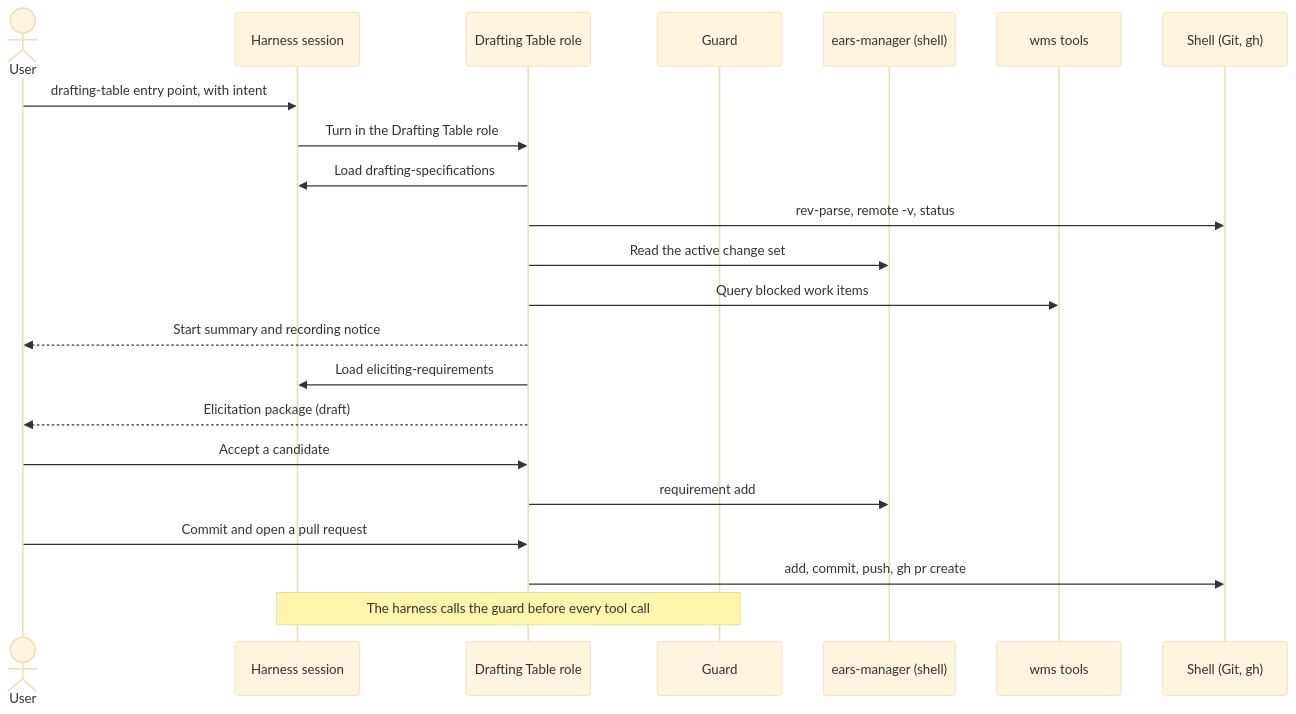
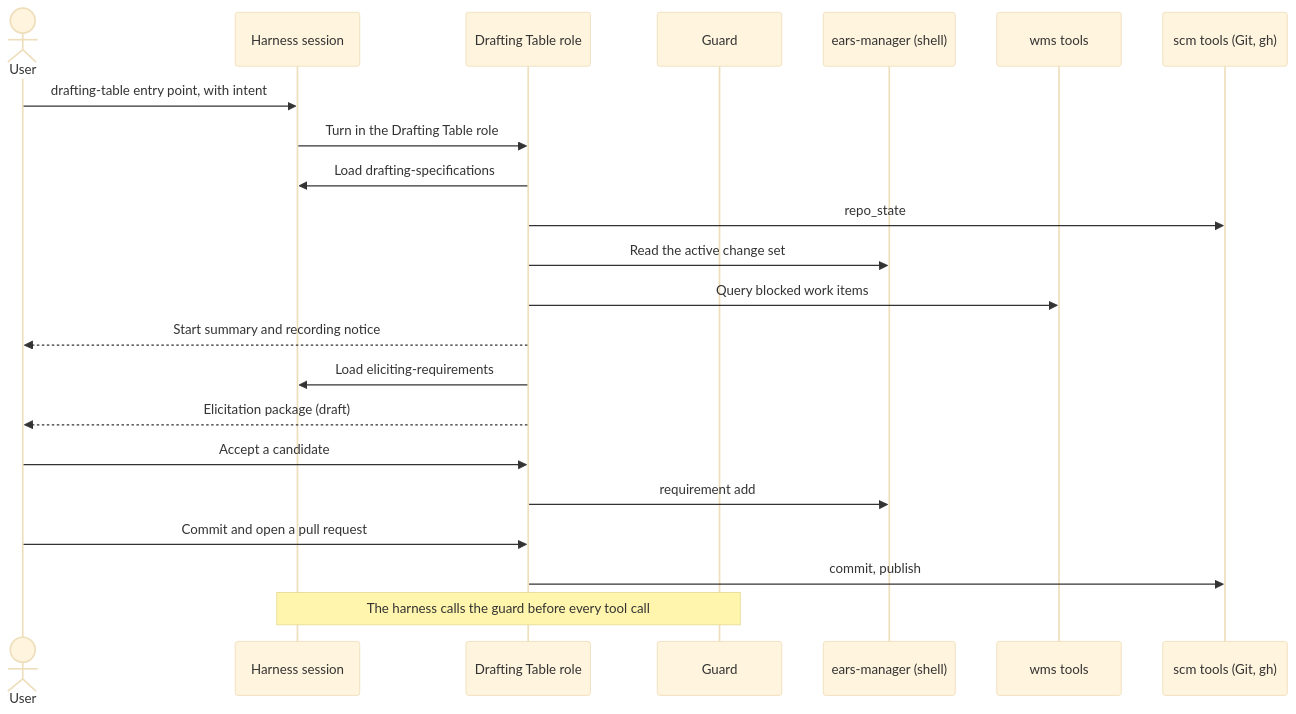
One commit to JohnStrunk/ProtoBot changed the diagram in docs/architecture/agent-harness/adapter-contract.md. Above: the diagram before and after it, drawn with Mermaid (base theme). The commit also changed other lines of this file and 13 other files, not shown here.

````diff
--- a/docs/architecture/agent-harness/adapter-contract.md
+++ b/docs/architecture/agent-harness/adapter-contract.md
@@ -704,25 +720,25 @@
 ```mermaid
 sequenceDiagram
     actor User
     participant H as Harness session
     participant DT as Drafting Table role
     participant G as Guard
     participant EM as ears-manager (shell)
     participant WMS as wms tools
-    participant Sh as Shell (Git, gh)
+    participant SCM as scm tools (Git, gh)
 
     User->>H: drafting-table entry point, with intent
     H->>DT: Turn in the Drafting Table role
     DT->>H: Load drafting-specifications
-    DT->>Sh: rev-parse, remote -v, status
+    DT->>SCM: repo_state
     DT->>EM: Read the active change set
     DT->>WMS: Query blocked work items
     DT-->>User: Start summary and recording notice
     DT->>H: Load eliciting-requirements
     DT-->>User: Elicitation package (draft)
     User->>DT: Accept a candidate
     DT->>EM: requirement add
     User->>DT: Commit and open a pull request
-    DT->>Sh: add, commit, push, gh pr create
+    DT->>SCM: commit, publish
     Note over H,G: The harness calls the guard before every tool call
 ```
````
